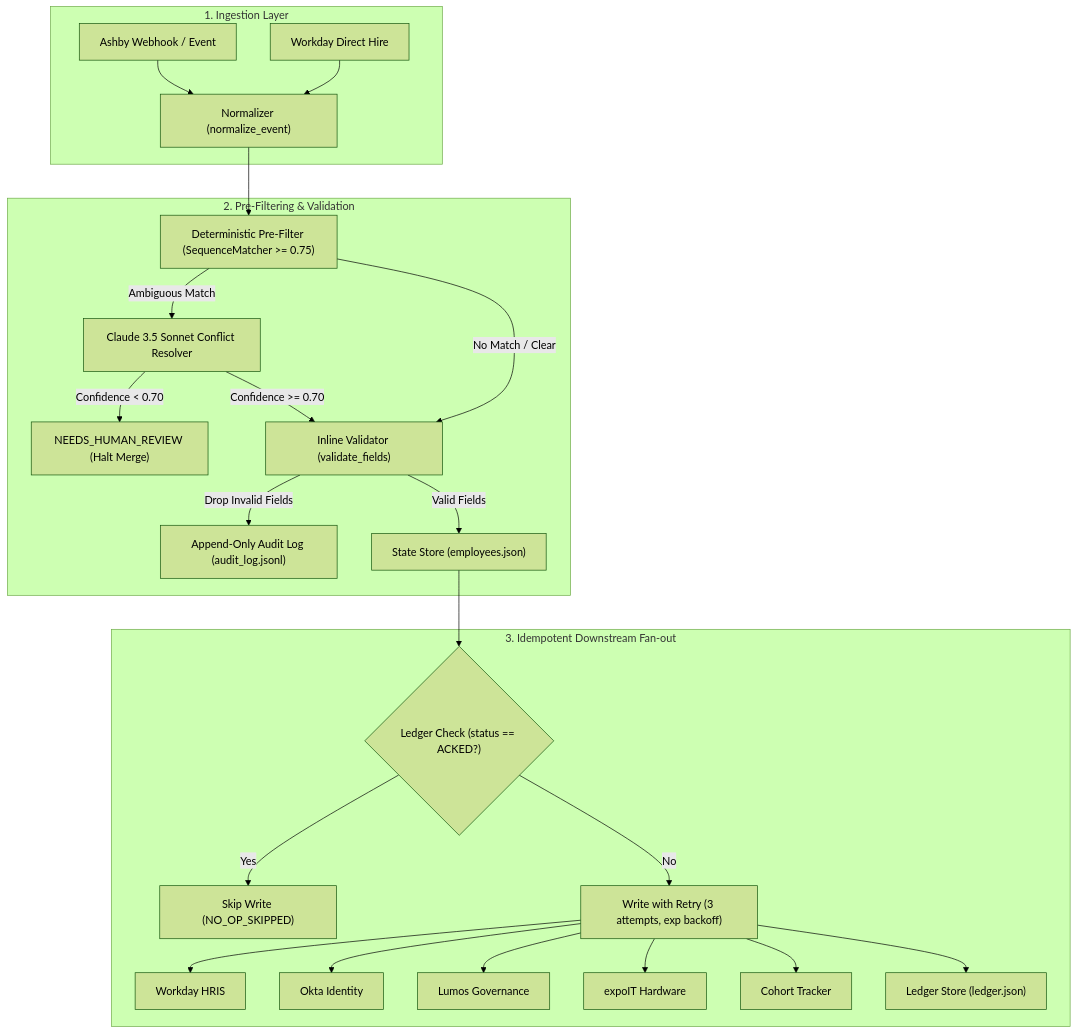
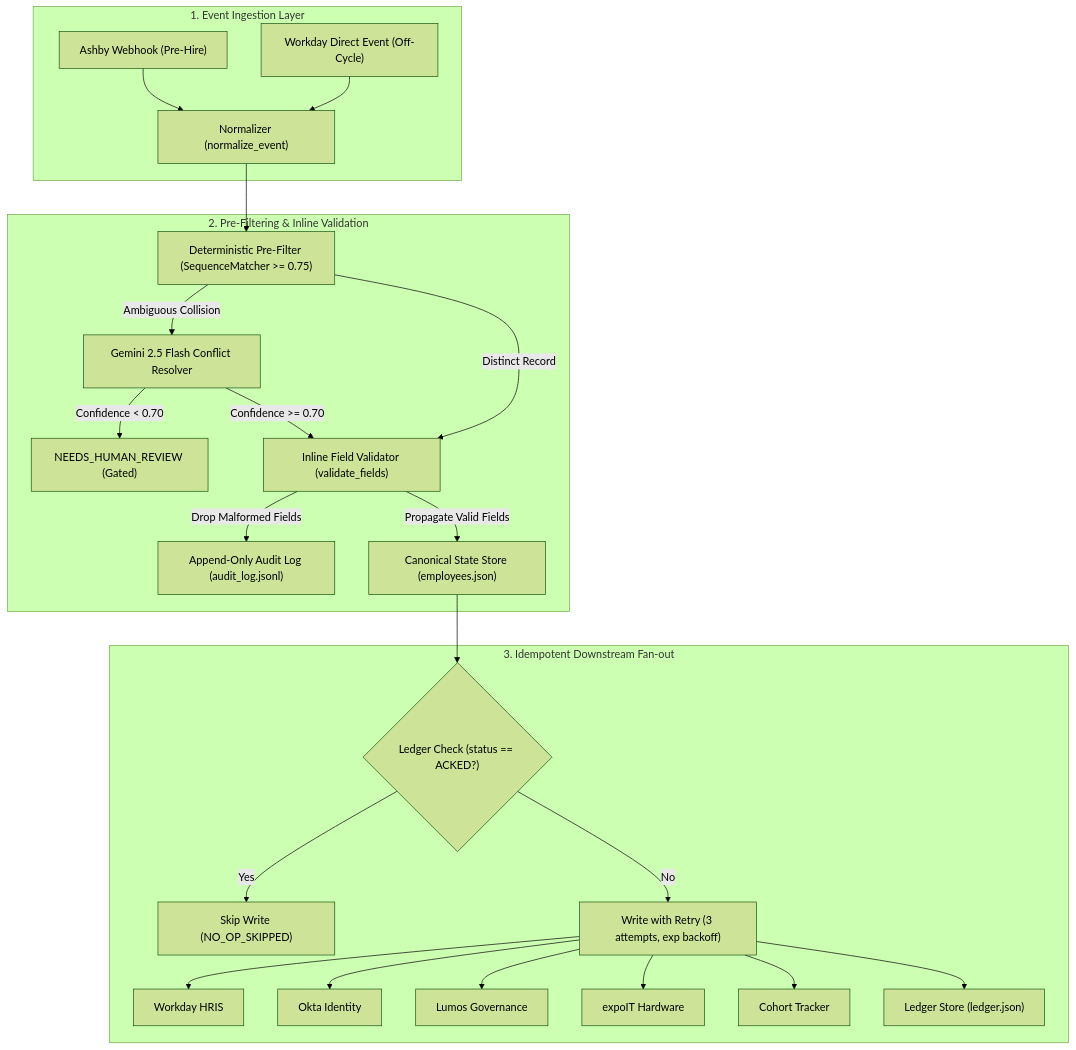
One commit to Navi-0212/BetterUp changed the diagram in README.md. Above: the diagram before and after it, drawn with Mermaid (forest theme). The commit also changed other lines of this file and 1 other file, not shown here.

Commit message:
Update documentation, README architecture guide, and build notes

````diff
--- a/README.md
+++ b/README.md
@@ -9,29 +9,29 @@
 ```mermaid
 flowchart TD
-    subgraph Inputs ["1. Ingestion Layer"]
-        A["Ashby Webhook / Event"] --> Norm["Normalizer (normalize_event)"]
-        W["Workday Direct Hire"] --> Norm
+    subgraph Ingestion ["1. Event Ingestion Layer"]
+        A["Ashby Webhook (Pre-Hire)"] --> Norm["Normalizer (normalize_event)"]
+        W["Workday Direct Event (Off-Cycle)"] --> Norm
     end
 
-    subgraph Filters ["2. Pre-Filtering & Validation"]
+    subgraph Intelligence ["2. Pre-Filtering & Inline Validation"]
         Norm --> Dupe["Deterministic Pre-Filter (SequenceMatcher >= 0.75)"]
-        Dupe -->|Ambiguous Match| Claude["Claude 3.5 Sonnet Conflict Resolver"]
-        Claude -->|Confidence < 0.70| Review["NEEDS_HUMAN_REVIEW (Halt Merge)"]
-        Claude -->|Confidence >= 0.70| Valid["Inline Validator (validate_fields)"]
-        Dupe -->|No Match / Clear| Valid
-        Valid -->|Drop Invalid Fields| Audit["Append-Only Audit Log (audit_log.jsonl)"]
-        Valid -->|Valid Fields| StateStore["State Store (employees.json)"]
+        Dupe -->|Ambiguous Collision| LLM["Gemini 2.5 Flash Conflict Resolver"]
+        LLM -->|Confidence < 0.70| Review["NEEDS_HUMAN_REVIEW (Gated)"]
+        LLM -->|Confidence >= 0.70| Valid["Inline Field Validator (validate_fields)"]
+        Dupe -->|Distinct Record| Valid
+        Valid -->|Drop Malformed Fields| Audit["Append-Only Audit Log (audit_log.jsonl)"]
+        Valid -->|Propagate Valid Fields| StateStore["Canonical State Store (employees.json)"]
     end
 
     subgraph Fanout ["3. Idempotent Downstream Fan-out"]
         StateStore --> LedgerCheck{"Ledger Check (status == ACKED?)"}
         LedgerCheck -->|Yes| Skip["Skip Write (NO_OP_SKIPPED)"]
         LedgerCheck -->|No| Retry["Write with Retry (3 attempts, exp backoff)"]
         Retry --> Workday["Workday HRIS"]
         Retry --> Okta["Okta Identity"]
         Retry --> Lumos["Lumos Governance"]
         Retry --> ExpoIT["expoIT Hardware"]
         Retry --> Tracker["Cohort Tracker"]
         Retry --> Ledger["Ledger Store (ledger.json)"]
     end
 ```
````
